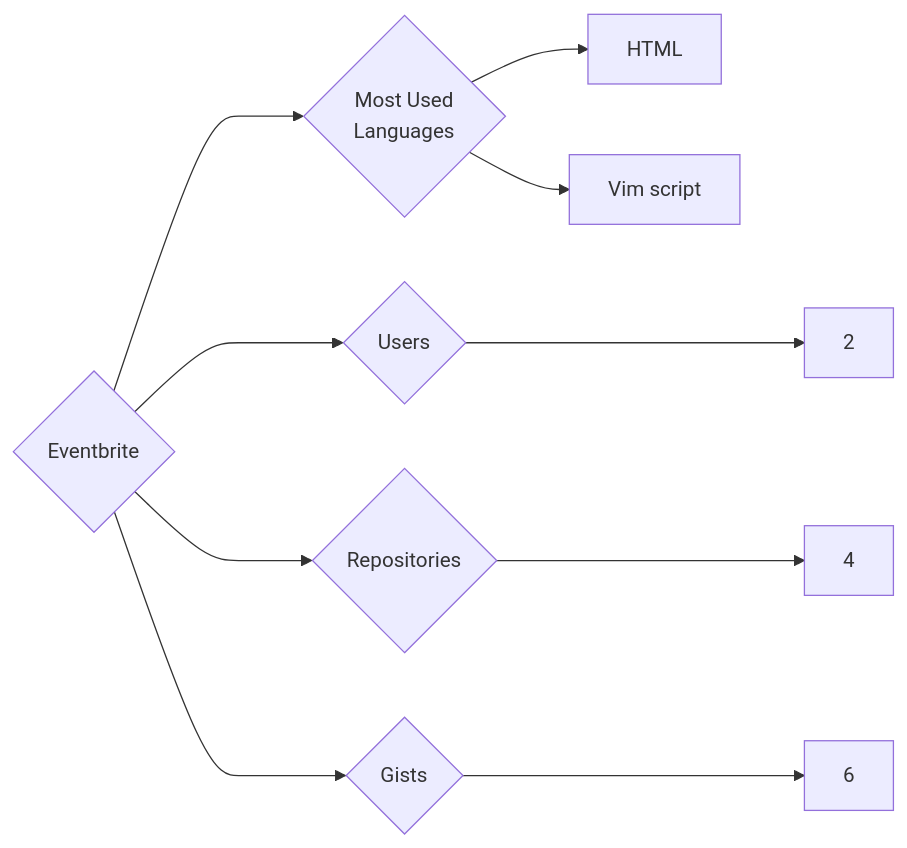
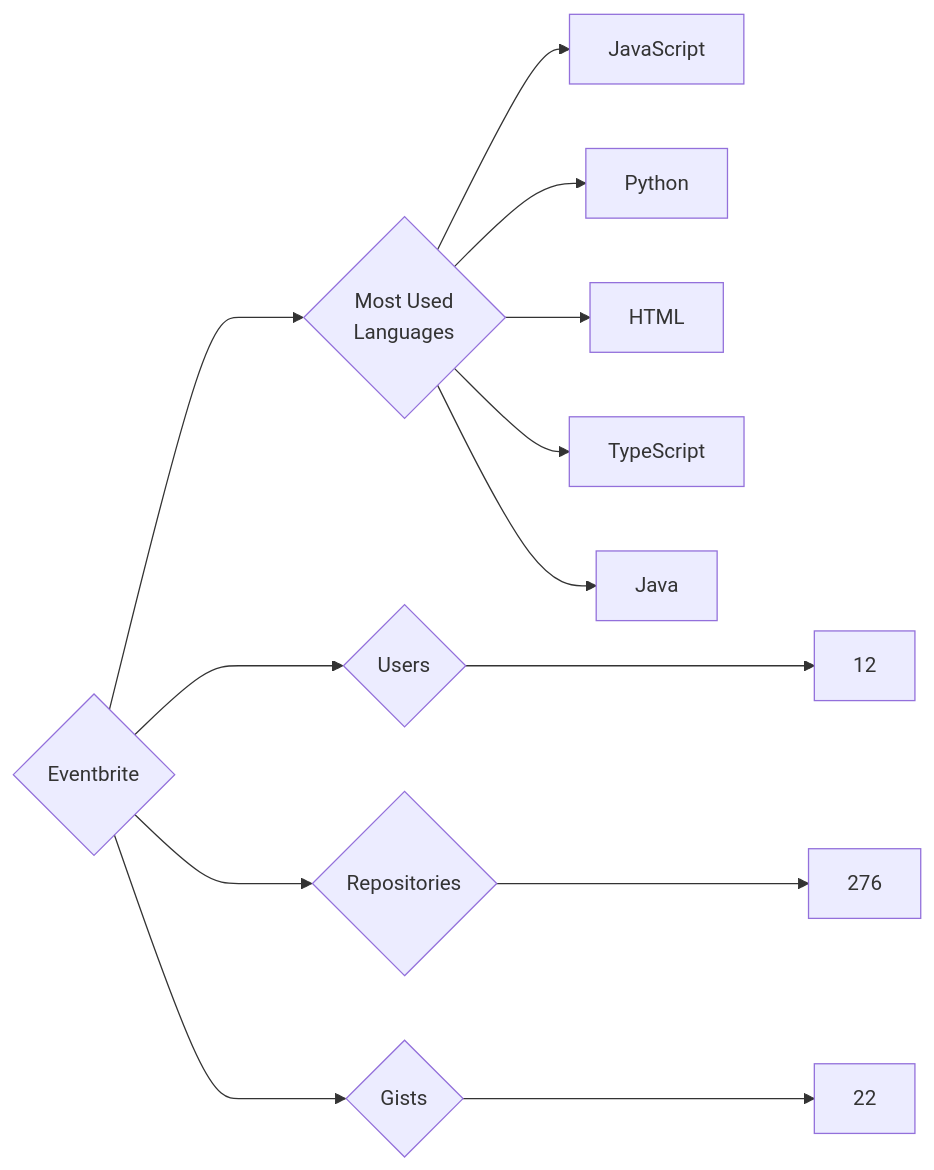
One commit to trickest/insiders changed the diagram in targets/Eventbrite/README.md. Above: the diagram before and after it, drawn with Mermaid. The commit also changed 569 other files, not shown here.

````diff
--- a/targets/Eventbrite/README.md
+++ b/targets/Eventbrite/README.md
@@ -3,10 +3,13 @@
 ```mermaid
 graph LR
 COMPANY_NAME{Eventbrite}
-COMPANY_NAME ---> U{Users} ---> UN[2]
-COMPANY_NAME ---> R{Repositories} ---> RN[4]
-COMPANY_NAME ---> G{Gists} ---> GN[6]
+COMPANY_NAME ---> U{Users} ---> UN[12]
+COMPANY_NAME ---> R{Repositories} ---> RN[276]
+COMPANY_NAME ---> G{Gists} ---> GN[22]
 COMPANY_NAME ---> ML{Most Used<br>Languages}
+ML --> JavaScript[JavaScript]
+ML --> Python[Python]
 ML --> HTML[HTML]
-ML --> Vim_script[Vim script]
+ML --> TypeScript[TypeScript]
+ML --> Java[Java]
 ```
````
